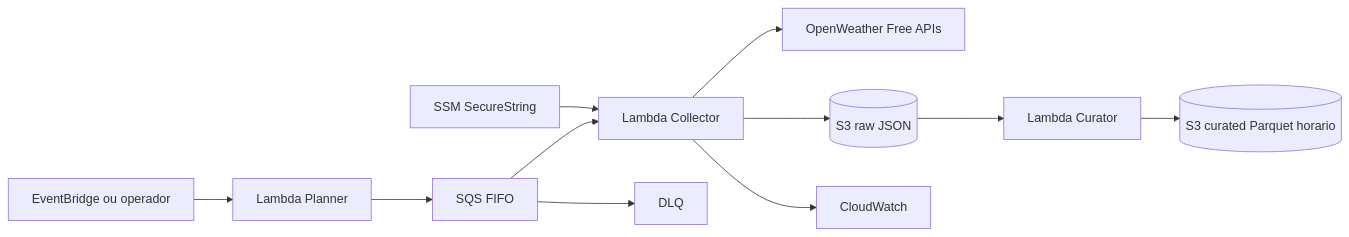
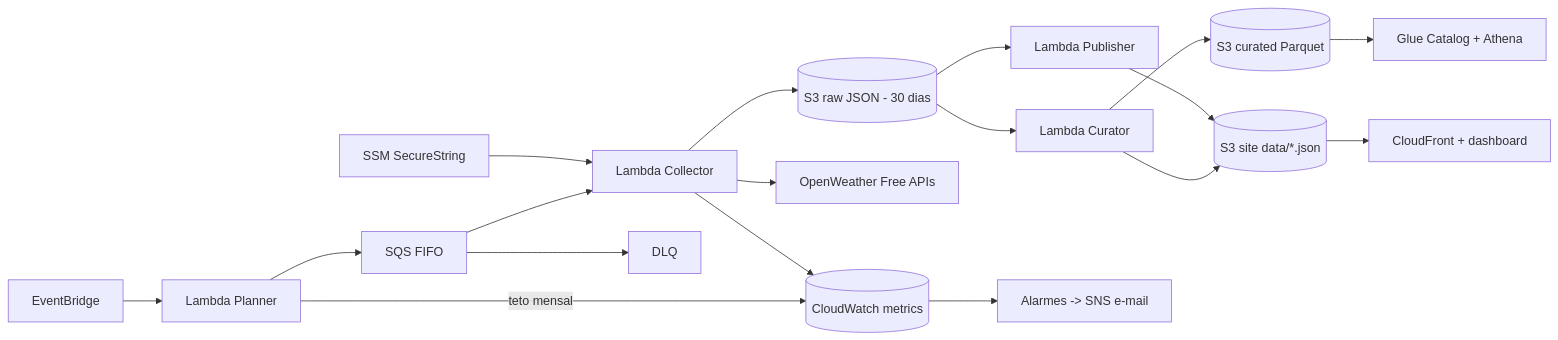
The diagram in README.md (italofelipe01/weather-data-pipeline), drawn with Mermaid before and after one commit. The commit also changed other lines of this file and 20 other files, not shown here.

First line of the commit message:
docs: document the automated pipeline, dashboard, costs and Athena queries

````diff
--- a/README.md
+++ b/README.md
@@ -9,13 +24,20 @@
 ```mermaid
 flowchart LR
-  E[EventBridge ou operador] --> P[Lambda Planner]
+  E[EventBridge] --> P[Lambda Planner]
+  P -- teto mensal --> CW[(CloudWatch metrics)]
   P --> Q[SQS FIFO]
   Q --> C[Lambda Collector]
   Q --> D[DLQ]
   K[SSM SecureString] --> C
   C --> O[OpenWeather Free APIs]
-  C --> S[(S3 raw JSON)]
-  S --> U[Lambda Curator]
-  U --> T[(S3 curated Parquet horario)]
-  C --> L[CloudWatch]
+  C --> R[(S3 raw JSON - 30 dias)]
+  R --> U[Lambda Curator]
+  U --> T[(S3 curated Parquet)]
+  T --> G[Glue Catalog + Athena]
+  U --> W[(S3 site data/*.json)]
+  R --> B[Lambda Publisher]
+  B --> W
+  W --> F[CloudFront + dashboard]
+  C --> CW
+  CW --> A[Alarmes -> SNS e-mail]
 ```
````
